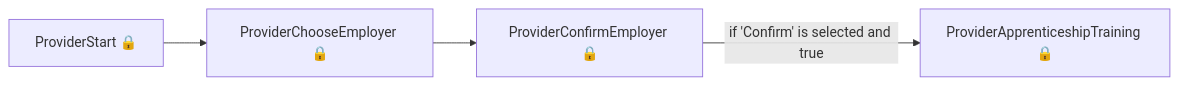
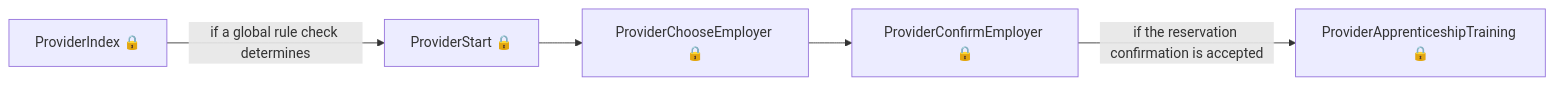
One commit to talentconsulting/atlas-dfe changed the fourth of 4 diagrams in das-reservations/user-journeys/user-journeys.md. Above: the diagram before and after it, drawn with Mermaid. The commit also changed other lines of this file and 1 other file, not shown here.

````diff
--- a/das-reservations/user-journeys/user-journeys.md
+++ b/das-reservations/user-journeys/user-journeys.md
@@ -56,6 +46,7 @@
 ```mermaid
 flowchart LR
-  p0["ProviderStart 🔒"] --> p1["ProviderChooseEmployer 🔒"]
-  p1["ProviderChooseEmployer 🔒"] --> p2["ProviderConfirmEmployer 🔒"]
-  p2["ProviderConfirmEmployer 🔒"] -->|"if 'Confirm' is selected and true"| p3["ProviderApprenticeshipTraining 🔒"]
+  p0["ProviderIndex 🔒"] -->|"if a global rule check determines"| p1["ProviderStart 🔒"]
+  p1["ProviderStart 🔒"] --> p2["ProviderChooseEmployer 🔒"]
+  p2["ProviderChooseEmployer 🔒"] --> p3["ProviderConfirmEmployer 🔒"]
+  p3["ProviderConfirmEmployer 🔒"] -->|"if the reservation confirmation is accepted"| p4["ProviderApprenticeshipTraining 🔒"]
 ```
````
